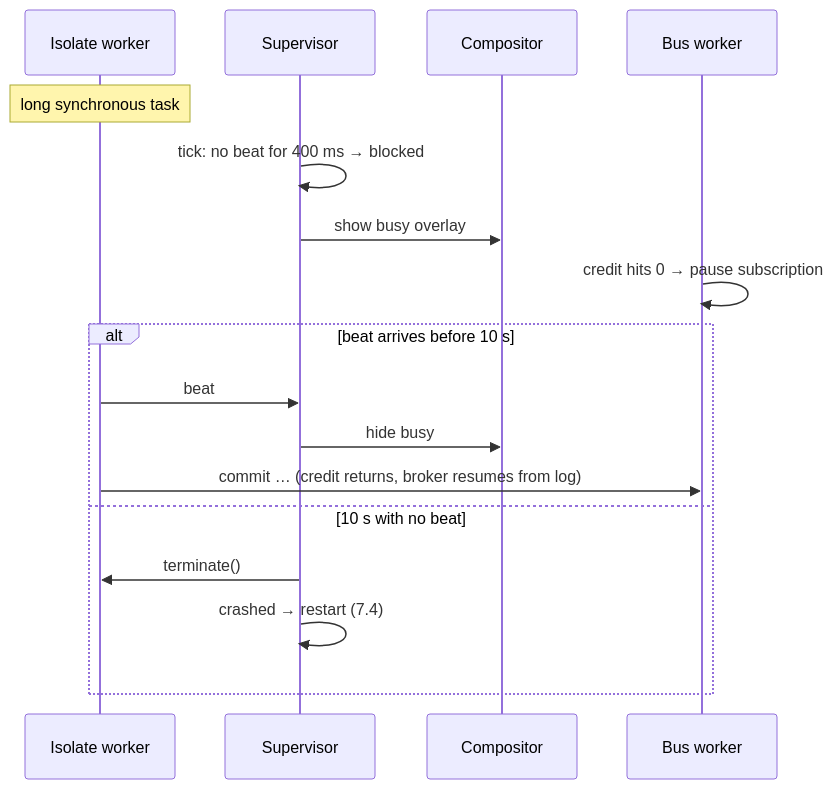
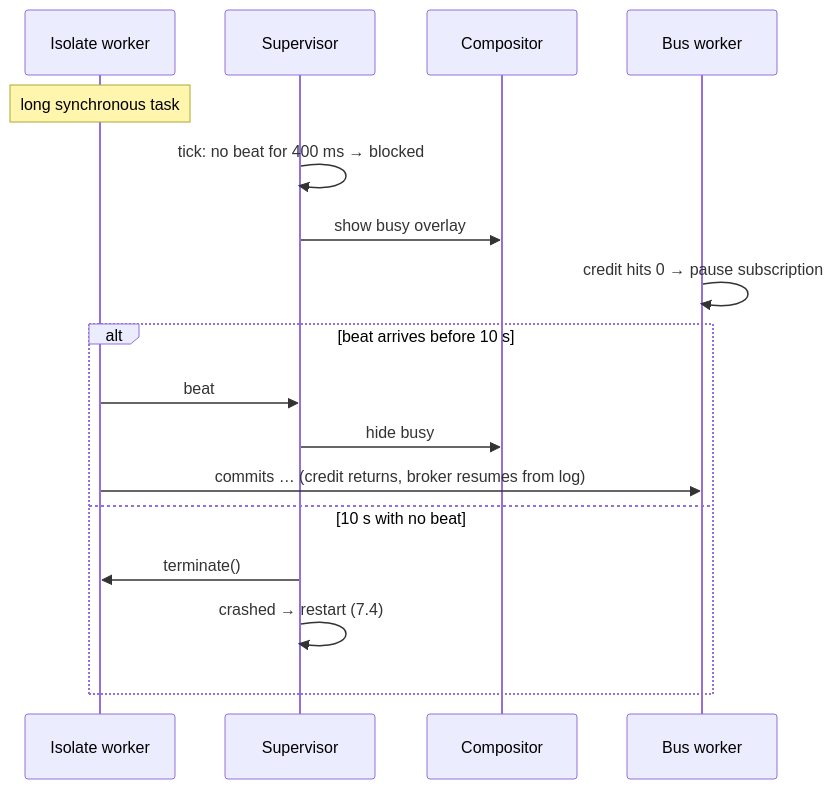
One commit to isoloop/isoloop changed the seventh of 8 diagrams in docs/design/system-design.md. Above: the diagram before and after it, drawn with Mermaid. The commit also changed other lines of this file, not shown here.

Commit message:
docs: the system design describes pools, combined commits and the bus worker as built (#178)

````diff
--- a/docs/design/system-design.md
+++ b/docs/design/system-design.md
@@ -561,19 +588,19 @@
 ```mermaid
 sequenceDiagram
   participant P as Isolate worker
   participant K as Supervisor
   participant C as Compositor
   participant B as Bus worker
   Note over P: long synchronous task
   K->>K: tick: no beat for 400 ms → blocked
   K->>C: show busy overlay
   B->>B: credit hits 0 → pause subscription
   alt beat arrives before 10 s
     P->>K: beat
     K->>C: hide busy
-    P->>B: commit … (credit returns, broker resumes from log)
+    P->>B: commits … (credit returns, broker resumes from log)
   else 10 s with no beat
     K->>P: terminate()
     K->>K: crashed → restart (7.4)
   end
 ```
````
